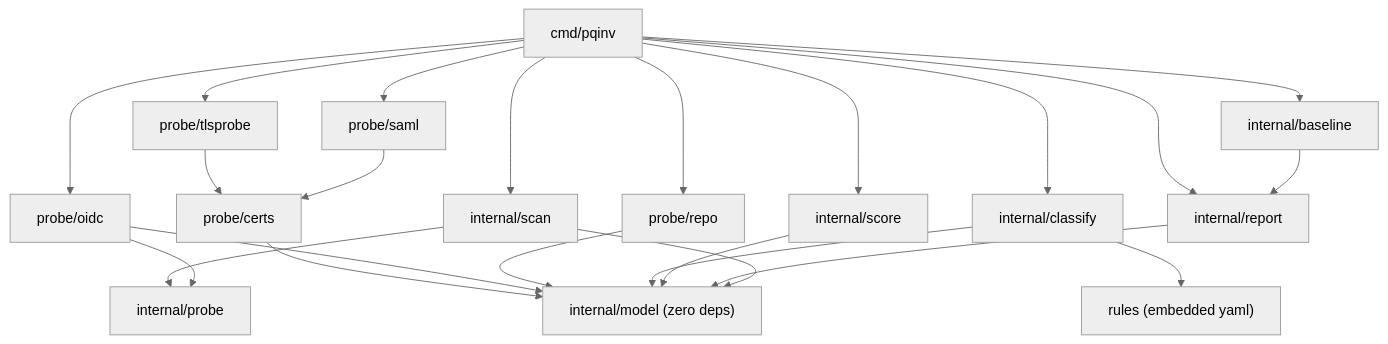
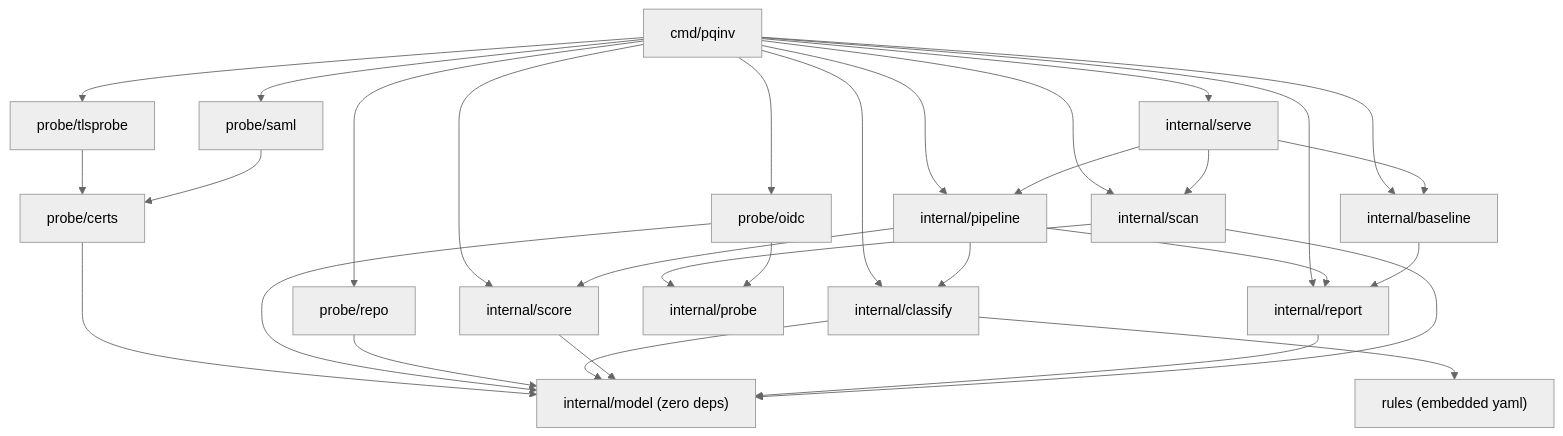
Before and after one commit to angga-22/pqinv: the second of 3 diagrams in docs/architecture.md, drawn with Mermaid (neutral theme). The commit also changed other lines of this file and 12 other files, not shown here.

````diff
--- a/docs/architecture.md
+++ b/docs/architecture.md
@@ -64,16 +68,18 @@
 ```mermaid
 flowchart TD
     cmd["cmd/pqinv"] --> scan & classify & score & report
-    cmd --> tlsprobe & oidc & saml & repo & baseline
+    cmd --> tlsprobe & oidc & saml & repo & baseline & serve & pipeline
+    serve["internal/serve"] --> pipeline["internal/pipeline"] & baseline & scan
+    pipeline --> classify & score & report
     scan["internal/scan"] --> probe["internal/probe"]
     tlsprobe["probe/tlsprobe"] --> certs["probe/certs"] --> model
     oidc["probe/oidc"] --> model & probe
     saml["probe/saml"] --> certs
     repo["probe/repo"] --> model
     baseline["internal/baseline"] --> report
     classify["internal/classify"] --> model & rules["rules (embedded yaml)"]
     score["internal/score"] --> model
     report["internal/report"] --> model
     scan --> model
     model["internal/model (zero deps)"]
 ```
````
